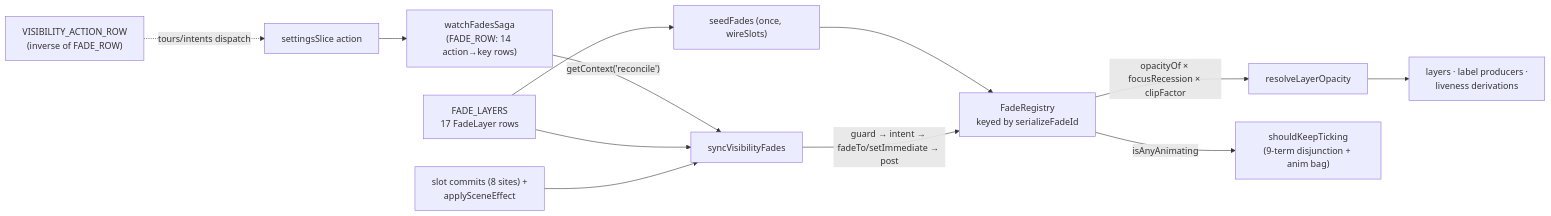
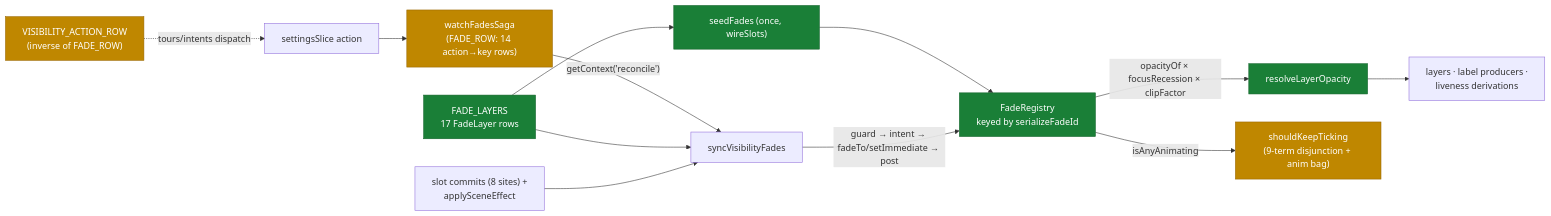
The fourth of 5 diagrams in docs/research/engine/current-contracts-map.md (rulkens/skymap), drawn with Mermaid before and after one commit. The commit also changed other lines of this file, not shown here.

Commit message:
docs(research): restyle contracts map — legend, status dots, colored diagram nodes

````diff
--- a/docs/research/engine/current-contracts-map.md
+++ b/docs/research/engine/current-contracts-map.md
@@ -170,14 +154,18 @@
 ```mermaid
 flowchart LR
     ACT["settingsSlice action"] --> SAGA["watchFadesSaga<br/>(FADE_ROW: 14 action→key rows)"]
     SAGA -->|"getContext('reconcile')"| SYNC["syncVisibilityFades"]
     FL["FADE_LAYERS<br/>17 FadeLayer rows"] --> SYNC
     FL --> SEED["seedFades (once, wireSlots)"]
     SEED --> REG["FadeRegistry<br/>keyed by serializeFadeId"]
     SYNC -->|"guard → intent → fadeTo/setImmediate → post"| REG
     COMMITS["slot commits (8 sites) +<br/>applySceneEffect"] --> SYNC
     REG -->|"opacityOf × focusRecession × clipFactor"| RLO["resolveLayerOpacity"]
     RLO --> CONS["layers · label producers ·<br/>liveness derivations"]
     REG -->|"isAnyAnimating"| WAKE["shouldKeepTicking<br/>(9-term disjunction + anim bag)"]
     VAR["VISIBILITY_ACTION_ROW<br/>(inverse of FADE_ROW)"] -.->|"tours/intents dispatch"| ACT
+    classDef good fill:#1a7f37,stroke:#116329,color:#ffffff
+    classDef warn fill:#bf8700,stroke:#9a6700,color:#ffffff
+    class FL,SEED,REG,RLO good
+    class SAGA,VAR,WAKE warn
 ```
````
